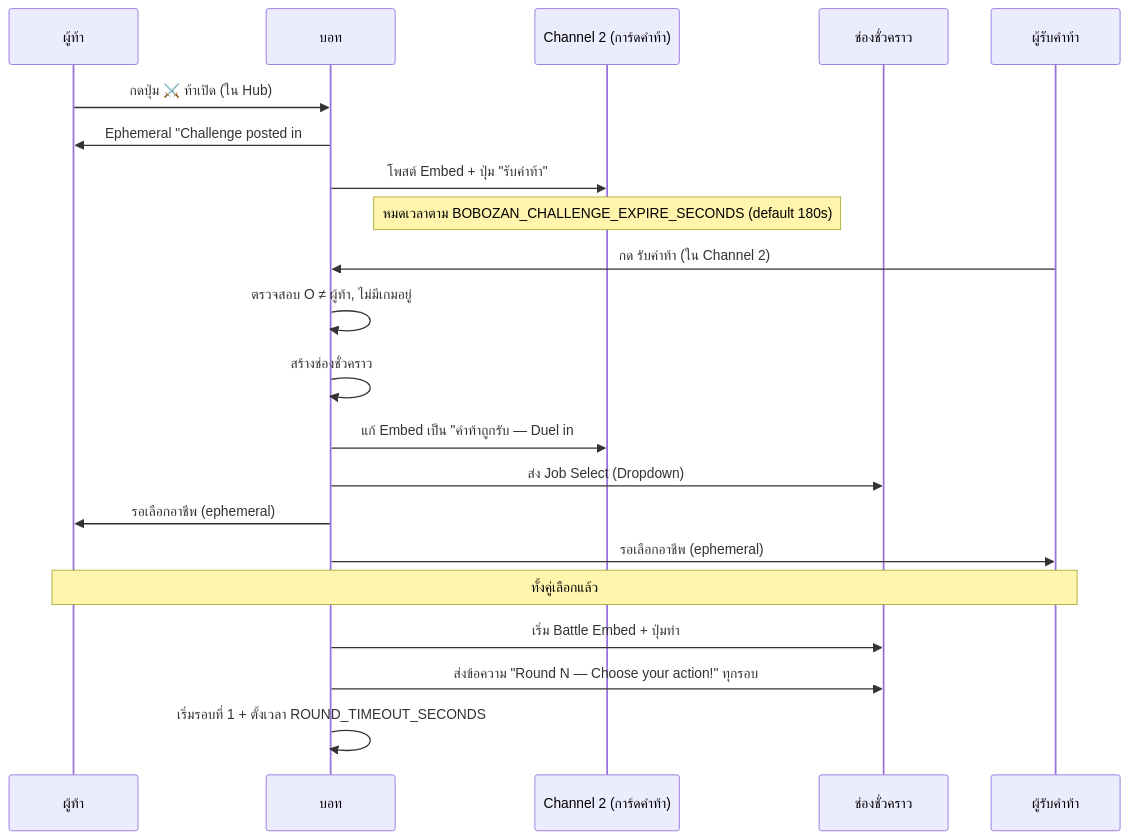
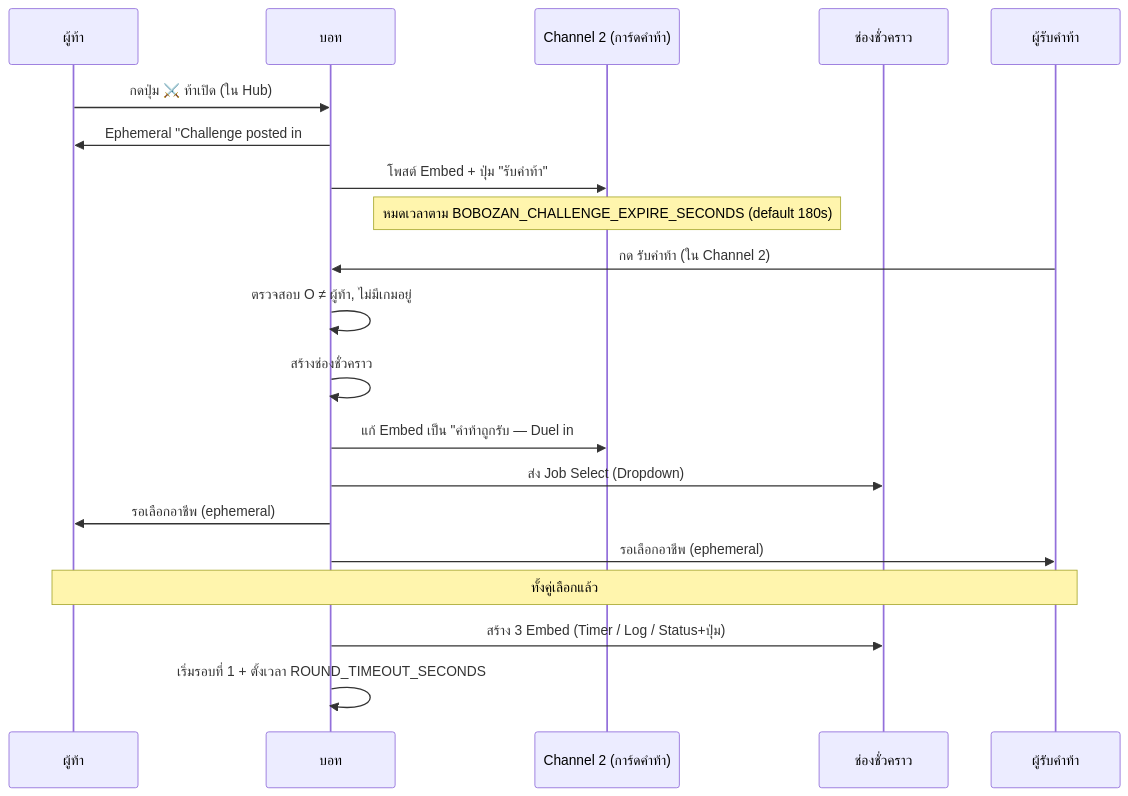
One commit to sirawitchpoon/pbz-wuxia-bobozan changed the second of 7 diagrams in docs/FLOW.md. Above: the diagram before and after it, drawn with Mermaid. The commit also changed other lines of this file and 5 other files, not shown here.

Commit message:
docs: FLOW, DASHBOARD, reports/CHANGELOG; battle timeout=no-action, 3-embed UI

````diff
--- a/docs/FLOW.md
+++ b/docs/FLOW.md
@@ -41,26 +41,25 @@
 ```mermaid
 sequenceDiagram
     participant U as ผู้ท้า
     participant B as บอท
     participant Ch2 as Channel 2 (การ์ดคำท้า)
     participant Temp as ช่องชั่วคราว
     participant O as ผู้รับคำท้า
 
     U->>B: กดปุ่ม ⚔️ ท้าเปิด (ใน Hub)
     B->>U: Ephemeral "Challenge posted in #challenge-cards"
     B->>Ch2: โพสต์ Embed + ปุ่ม "รับคำท้า"
     Note over Ch2: หมดเวลาตาม BOBOZAN_CHALLENGE_EXPIRE_SECONDS (default 180s)
 
     O->>B: กด รับคำท้า (ใน Channel 2)
     B->>B: ตรวจสอบ O ≠ ผู้ท้า, ไม่มีเกมอยู่
     B->>B: สร้างช่องชั่วคราว #duel-{A}-vs-{B}
     B->>Ch2: แก้ Embed เป็น "คำท้าถูกรับ — Duel in #temp"
     B->>Temp: ส่ง Job Select (Dropdown)
     B->>U: รอเลือกอาชีพ (ephemeral)
     B->>O: รอเลือกอาชีพ (ephemeral)
 
     Note over U,O: ทั้งคู่เลือกแล้ว
-    B->>Temp: เริ่ม Battle Embed + ปุ่มท่า
-    B->>Temp: ส่งข้อความ "Round N — Choose your action!" ทุกรอบ
+    B->>Temp: สร้าง 3 Embed (Timer / Log / Status+ปุ่ม)
     B->>B: เริ่มรอบที่ 1 + ตั้งเวลา ROUND_TIMEOUT_SECONDS
 ```
````
